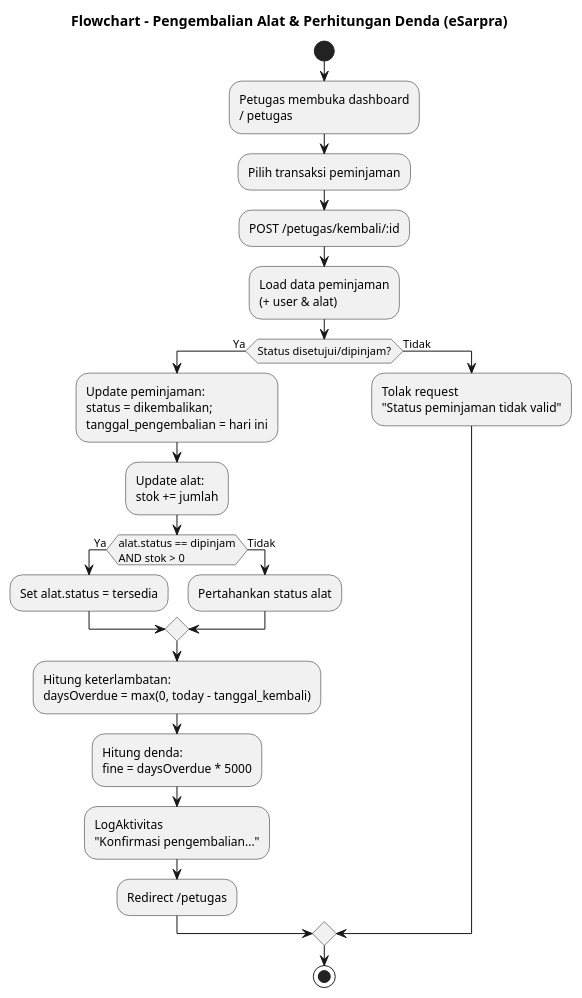
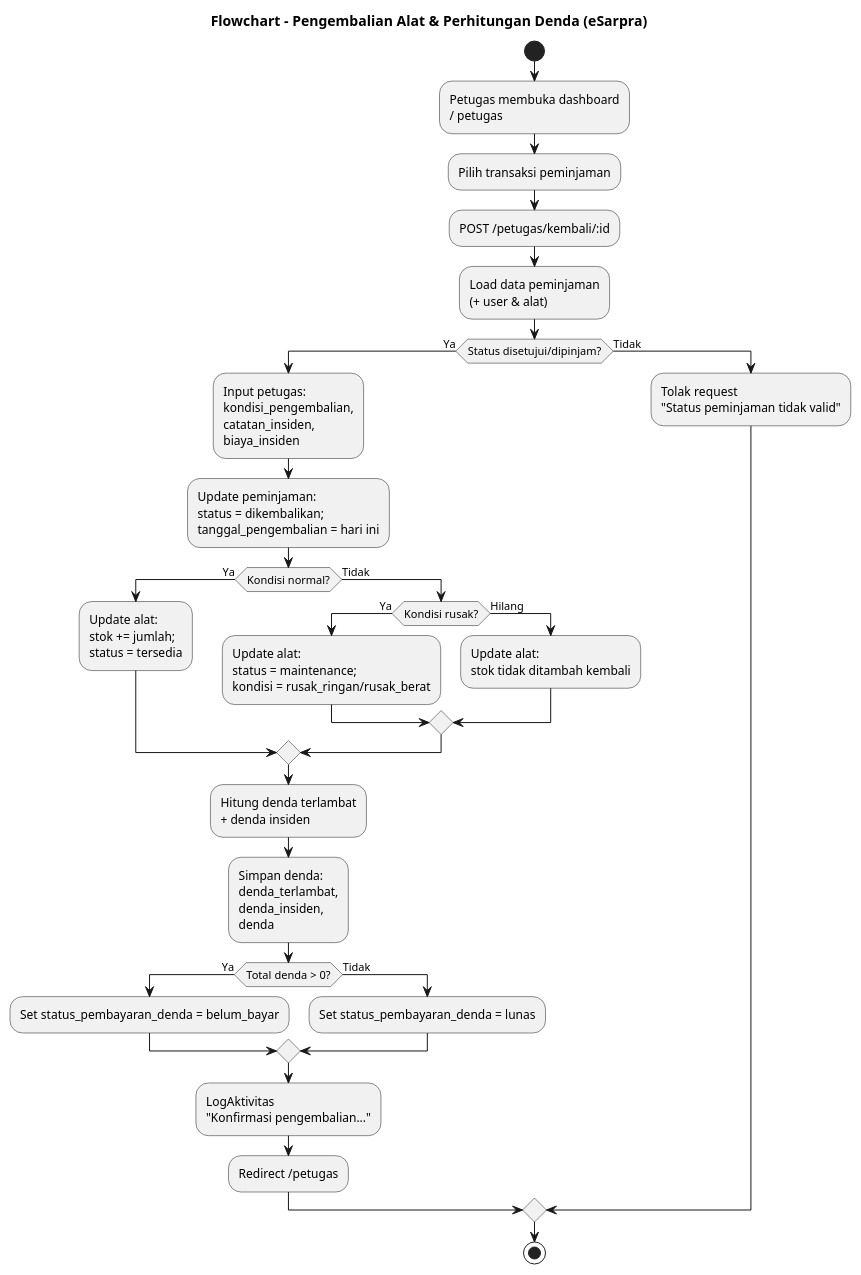
One commit to farsy06/ukk changed the diagram in docs/uml/pengembalian-denda-flowchart.puml. Above: the diagram before and after it, drawn with PlantUML. The commit also changed other lines of this file and 7 other files, not shown here.

First line of the commit message:
Refactor ERD and flowcharts for improved clarity and functionality

```diff
--- a/docs/uml/pengembalian-denda-flowchart.puml
+++ b/docs/uml/pengembalian-denda-flowchart.puml
@@ -1,29 +1,38 @@
 @startuml
 title Flowchart - Pengembalian Alat & Perhitungan Denda (eSarpra)
 
 start
 :Petugas membuka dashboard\n/ petugas;
 :Pilih transaksi peminjaman;
 :POST /petugas/kembali/:id;
 :Load data peminjaman\n(+ user & alat);
 
 if (Status disetujui/dipinjam?) then (Ya)
+  :Input petugas:\nkondisi_pengembalian,\ncatatan_insiden,\nbiaya_insiden;
   :Update peminjaman:\nstatus = dikembalikan;\ntanggal_pengembalian = hari ini;
-  :Update alat:\nstok += jumlah;
 
-  if (alat.status == dipinjam\nAND stok > 0) then (Ya)
-    :Set alat.status = tersedia;
+  if (Kondisi normal?) then (Ya)
+    :Update alat:\nstok += jumlah;\nstatus = tersedia;
   else (Tidak)
-    :Pertahankan status alat;
+    if (Kondisi rusak?) then (Ya)
+      :Update alat:\nstatus = maintenance;\nkondisi = rusak_ringan/rusak_berat;
+    else (Hilang)
+      :Update alat:\nstok tidak ditambah kembali;
+    endif
   endif
 
-  :Hitung keterlambatan:\ndaysOverdue = max(0, today - tanggal_kembali);
-  :Hitung denda:\nfine = daysOverdue * 5000;
+  :Hitung denda terlambat\n+ denda insiden;
+  :Simpan denda:\ndenda_terlambat,\ndenda_insiden,\ndenda;
+  if (Total denda > 0?) then (Ya)
+    :Set status_pembayaran_denda = belum_bayar;
+  else (Tidak)
+    :Set status_pembayaran_denda = lunas;
+  endif
   :LogAktivitas\n"Konfirmasi pengembalian...";
   :Redirect /petugas;
 else (Tidak)
   :Tolak request\n"Status peminjaman tidak valid";
 endif
 
 stop
 @enduml
```
